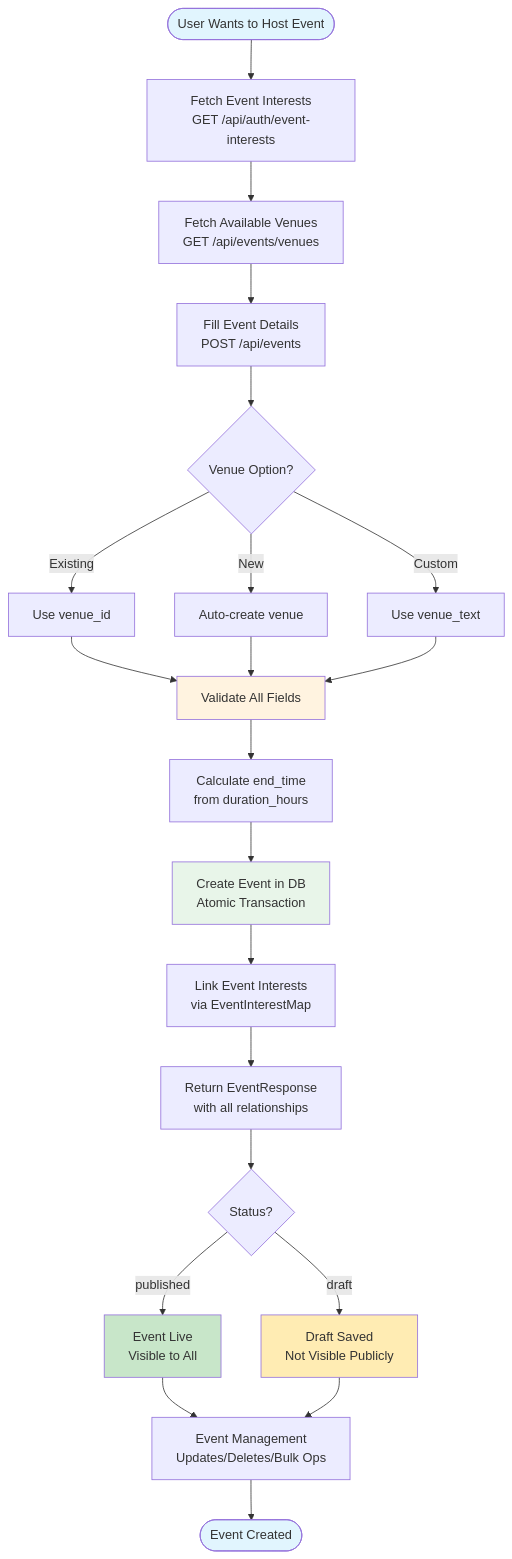
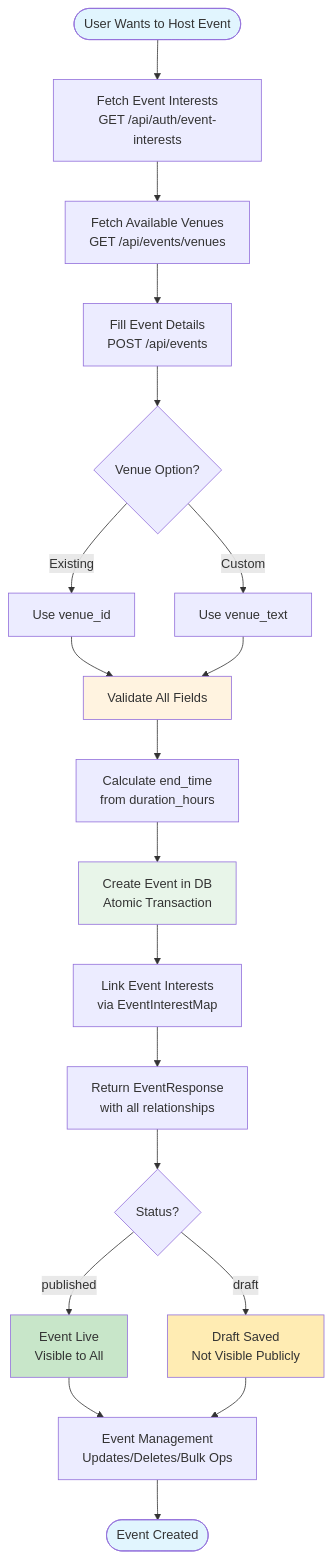
Before and after one commit to LOOPINX-CIRCLE/LoopinBackend: the first of 16 diagrams in events/docs/README.md, drawn with Mermaid. The commit also changed other lines of this file and 2 other files, not shown here.

````diff
--- a/events/docs/README.md
+++ b/events/docs/README.md
@@ -47,37 +47,35 @@
 ```mermaid
 graph TD
     Start([User Wants to Host Event]) --> GetInterests[Fetch Event Interests<br/>GET /api/auth/event-interests]
     GetInterests --> GetVenues[Fetch Available Venues<br/>GET /api/events/venues]
     GetVenues --> CreateEvent[Fill Event Details<br/>POST /api/events]
     
     CreateEvent --> VenueDecision{Venue Option?}
     
     VenueDecision -->|Existing| VenueID[Use venue_id]
-    VenueDecision -->|New| VenueCreate[Auto-create venue]
     VenueDecision -->|Custom| VenueText[Use venue_text]
     
     VenueID --> Validate[Validate All Fields]
-    VenueCreate --> Validate
     VenueText --> Validate
     
     Validate --> CalcDuration[Calculate end_time<br/>from duration_hours]
     CalcDuration --> CreateDB[Create Event in DB<br/>Atomic Transaction]
     CreateDB --> LinkInterests[Link Event Interests<br/>via EventInterestMap]
     LinkInterests --> ReturnEvent[Return EventResponse<br/>with all relationships]
     
     ReturnEvent --> Published{Status?}
     Published -->|draft| DraftMode[Draft Saved<br/>Not Visible Publicly]
     Published -->|published| LiveMode[Event Live<br/>Visible to All]
     
     LiveMode --> EventManagement[Event Management<br/>Updates/Deletes/Bulk Ops]
     DraftMode --> EventManagement
     
     EventManagement --> End([Event Created])
     
     style Start fill:#e1f5fe
     style Validate fill:#fff3e0
     style CreateDB fill:#e8f5e9
     style LiveMode fill:#c8e6c9
     style DraftMode fill:#ffecb3
     style End fill:#e1f5fe
 ```
````
